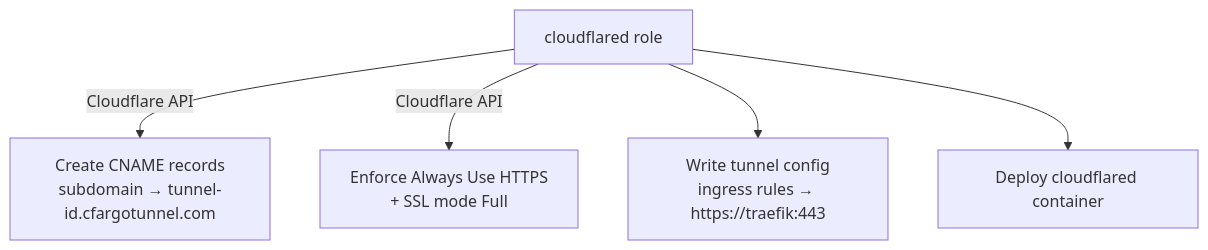
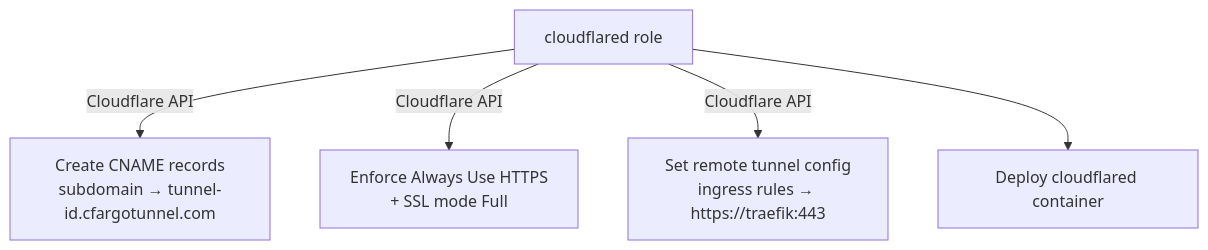
One commit to danielbibit/nas-ansible changed the third of 5 diagrams in docs/network.md. Above: the diagram before and after it, drawn with Mermaid. The commit also changed other lines of this file and 1 other file, not shown here.

````diff
--- a/docs/network.md
+++ b/docs/network.md
@@ -66,7 +65,7 @@
 ```mermaid
 graph TD
     Playbook[cloudflared role] -->|Cloudflare API| CNAME[Create CNAME records\nsubdomain → tunnel-id.cfargotunnel.com]
     Playbook -->|Cloudflare API| SSL[Enforce Always Use HTTPS\n+ SSL mode Full]
-    Playbook --> Config[Write tunnel config\ningress rules → https://traefik:443]
+    Playbook -->|Cloudflare API| Config[Set remote tunnel config\ningress rules → https://traefik:443]
     Playbook --> Container[Deploy cloudflared container]
 ```
````
